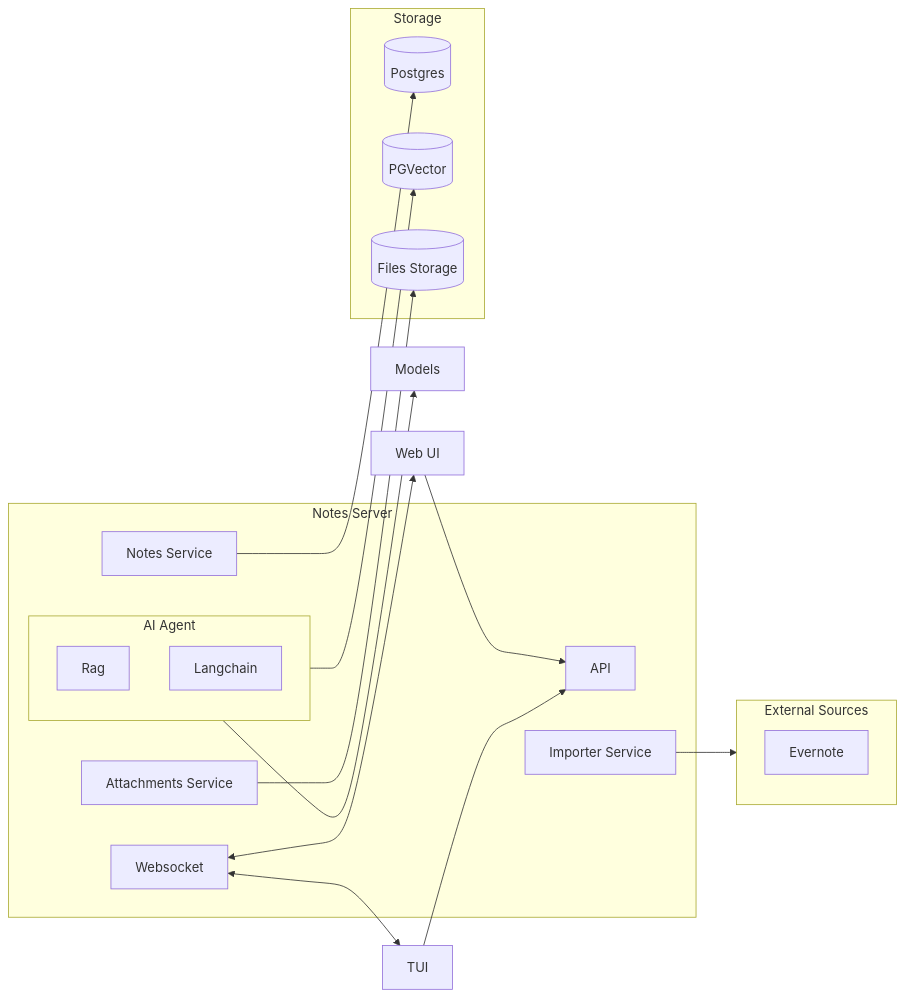
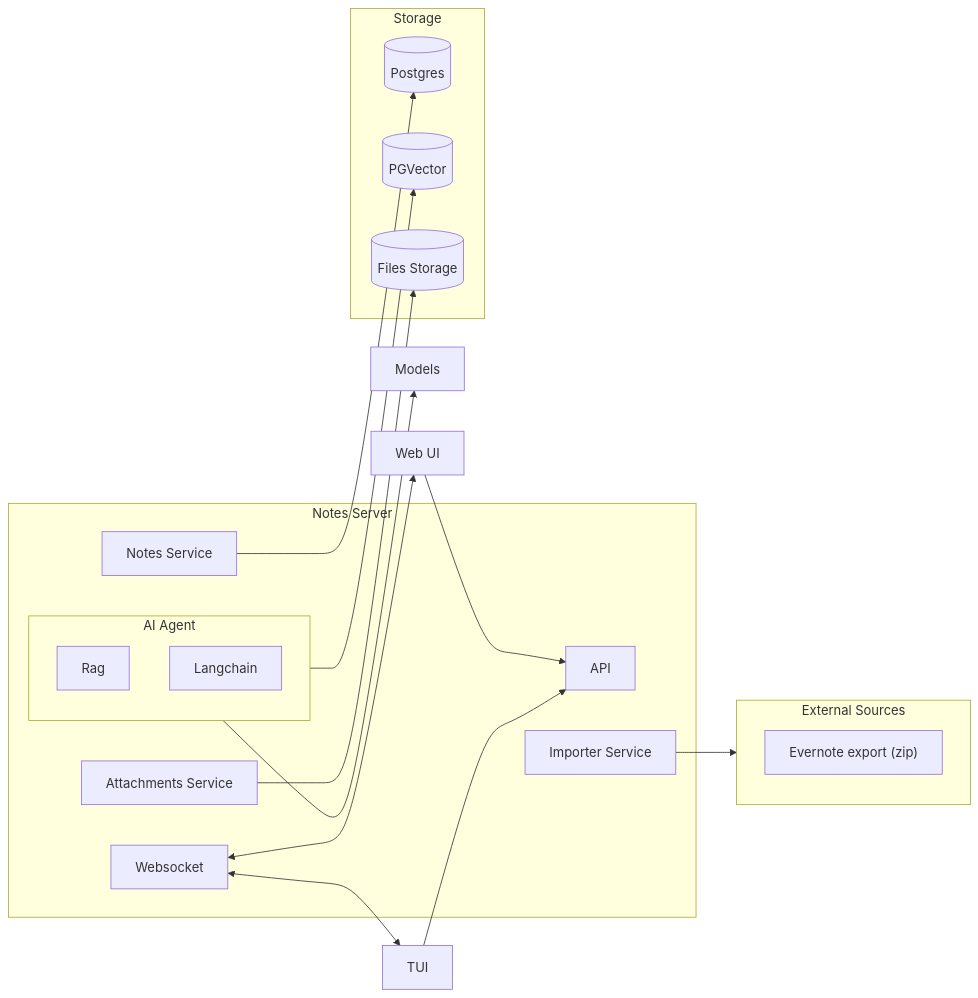
One commit to fpacifici/assistant changed the first of 2 diagrams in docs/architecture/README.md. Above: the diagram before and after it, drawn with Mermaid. The commit also changed other lines of this file and 49 other files, not shown here.

````diff
--- a/docs/architecture/README.md
+++ b/docs/architecture/README.md
@@ -30,42 +30,42 @@
 ```mermaid
 flowchart LR
   webui["Web UI"]
   tui["TUI"]
 
   subgraph notes ["Notes Server"]
     api["API"]
     websocket["Websocket"]
     notesservice["Notes Service"]
     attachment["Attachments Service"]
 
     subgraph agent ["AI Agent"]
       rag["Rag"]
       langchain["Langchain"]
     end
     importer["Importer Service"]
   end
 
   subgraph storage ["Storage"]
     postgres[(Postgres)]
     pgvector[(PGVector)]
     filestore[(Files Storage)]
   end
 
   subgraph external ["External Sources"]
-    evernote["Evernote"]
+    evernote["Evernote export (zip)"]
   end
 
   model["Models"]
 
 
 
   webui --> api
   tui --> api
   websocket <--> webui
   websocket <--> tui
   notesservice --> postgres
   agent --> pgvector
   agent --> model
   importer --> external
   attachment --> filestore
 ```
````
